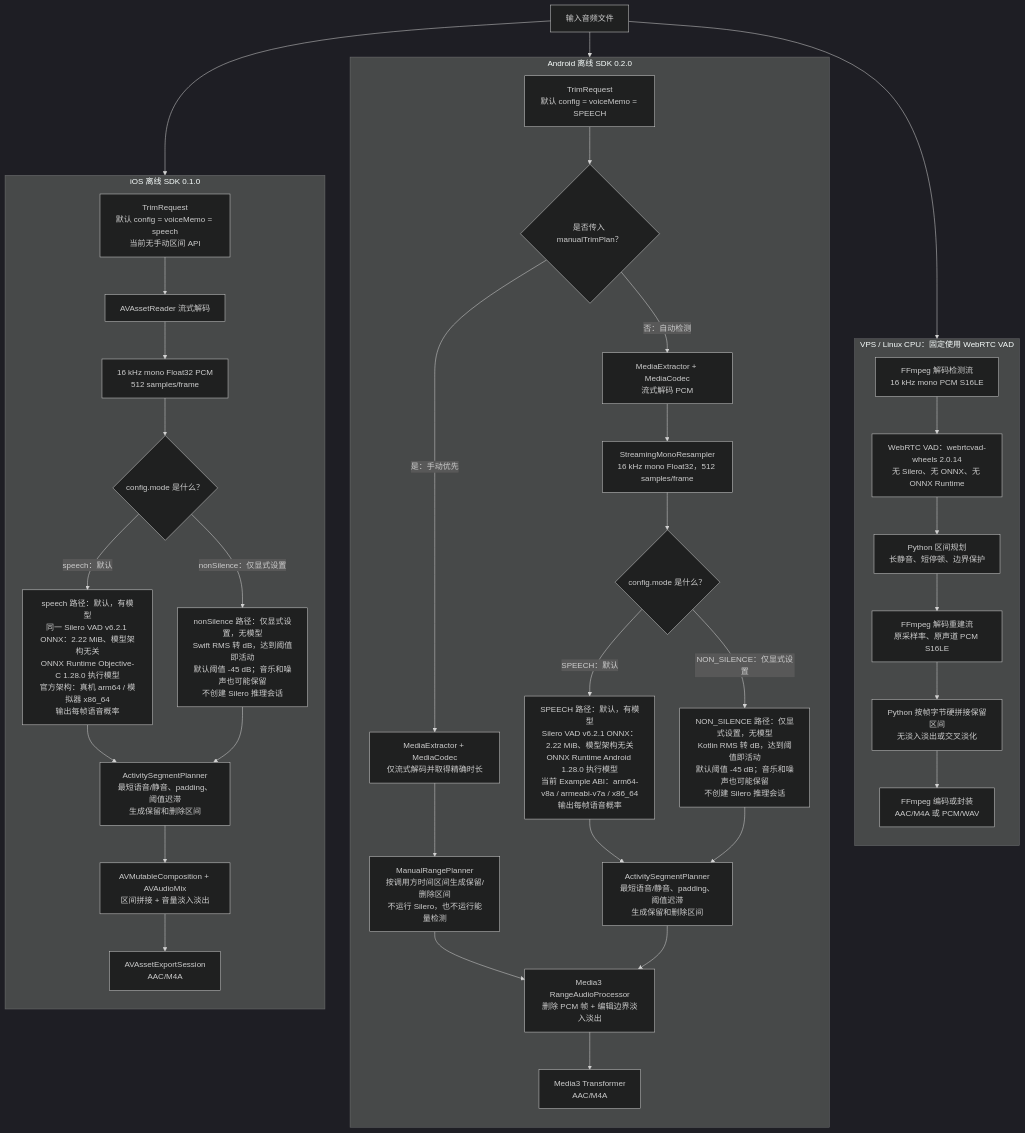
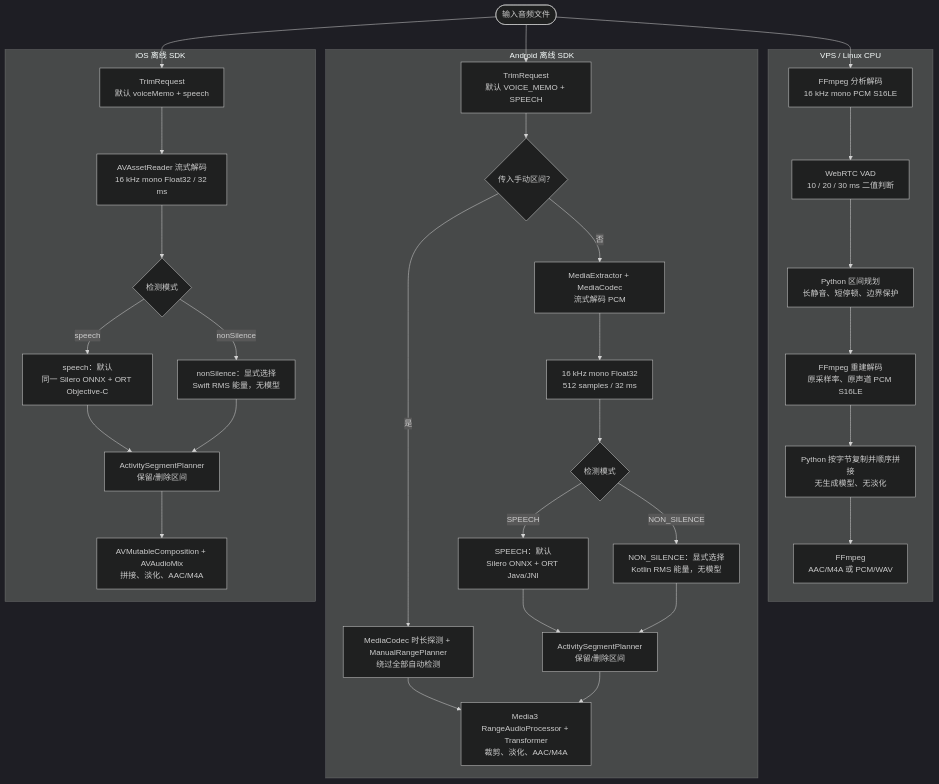
Before and after one commit to tianrking/vad_solution: the diagram in README.md, drawn with Mermaid (dark theme). The commit also changed other lines of this file and 1 other file, not shown here.

````diff
--- a/README.md
+++ b/README.md
@@ -30,74 +49,51 @@
 ```mermaid
 flowchart TB
-    INPUT["输入音频文件"]
+    INPUT(["输入音频文件"])
 
-    subgraph VPS["VPS / Linux CPU：固定使用 WebRTC VAD"]
-        direction TB
-        V1["FFmpeg 解码检测流<br/>16 kHz mono PCM S16LE"]
-        V2["WebRTC VAD：webrtcvad-wheels 2.0.14<br/>无 Silero、无 ONNX、无 ONNX Runtime"]
+    subgraph VPS["VPS / Linux CPU"]
+        V1["FFmpeg 分析解码<br/>16 kHz mono PCM S16LE"]
+        V2["WebRTC VAD<br/>10 / 20 / 30 ms 二值判断"]
         V3["Python 区间规划<br/>长静音、短停顿、边界保护"]
-        V4["FFmpeg 解码重建流<br/>原采样率、原声道 PCM S16LE"]
-        V5["Python 按帧字节硬拼接保留区间<br/>无淡入淡出或交叉淡化"]
-        V6["FFmpeg 编码或封装<br/>AAC/M4A 或 PCM/WAV"]
-        V1 --> V2
-        V2 --> V3
-        V3 --> V4
-        V4 --> V5
-        V5 --> V6
+        V4["FFmpeg 重建解码<br/>原采样率、原声道 PCM S16LE"]
+        V5["Python 按字节复制并顺序拼接<br/>无生成模型、无淡化"]
+        V6["FFmpeg<br/>AAC/M4A 或 PCM/WAV"]
+        V1 --> V2 --> V3 --> V4 --> V5 --> V6
     end
 
-    subgraph ANDROID["Android 离线 SDK 0.2.0"]
-        direction TB
-        A0["TrimRequest<br/>默认 config = voiceMemo = SPEECH"]
-        AMANUAL{"是否传入 manualTrimPlan？"}
-        ADURATION["MediaExtractor + MediaCodec<br/>仅流式解码并取得精确时长"]
-        AM["ManualRangePlanner<br/>按调用方时间区间生成保留/删除区间<br/>不运行 Silero，也不运行能量检测"]
-        A1["MediaExtractor + MediaCodec<br/>流式解码 PCM"]
-        A2["StreamingMonoResampler<br/>16 kHz mono Float32，512 samples/frame"]
-        AMODE{"config.mode 是什么？"}
-        AS["SPEECH 路径：默认，有模型<br/>Silero VAD v6.2.1 ONNX：2.22 MiB、模型架构无关<br/>ONNX Runtime Android 1.28.0 执行模型<br/>当前 Example ABI：arm64-v8a / armeabi-v7a / x86_64<br/>输出每帧语音概率"]
-        AE["NON_SILENCE 路径：仅显式设置，无模型<br/>Kotlin RMS 转 dB，达到阈值即活动<br/>默认阈值 -45 dB；音乐和噪声也可能保留<br/>不创建 Silero 推理会话"]
-        AP["ActivitySegmentPlanner<br/>最短语音/静音、padding、阈值迟滞<br/>生成保留和删除区间"]
-        A6["Media3 RangeAudioProcessor<br/>删除 PCM 帧 + 编辑边界淡入淡出"]
-        A7["Media3 Transformer<br/>AAC/M4A"]
-        A0 --> AMANUAL
-        AMANUAL -- "是：手动优先" --> ADURATION
-        ADURATION --> AM
-        AM --> A6
-        AMANUAL -- "否：自动检测" --> A1
-        A1 --> A2
-        A2 --> AMODE
-        AMODE -- "SPEECH：默认" --> AS
-        AMODE -- "NON_SILENCE：仅显式设置" --> AE
-        AS --> AP
-        AE --> AP
-        AP --> A6
-        A6 --> A7
+    subgraph ANDROID["Android 离线 SDK"]
+        A0["TrimRequest<br/>默认 VOICE_MEMO + SPEECH"]
+        A1{"传入手动区间？"}
+        AM["MediaCodec 时长探测 + ManualRangePlanner<br/>绕过全部自动检测"]
+        A2["MediaExtractor + MediaCodec<br/>流式解码 PCM"]
+        A3["16 kHz mono Float32<br/>512 samples / 32 ms"]
+        A4{"检测模式"}
+        AS["SPEECH：默认<br/>Silero ONNX + ORT Java/JNI"]
+        AE["NON_SILENCE：显式选择<br/>Kotlin RMS 能量，无模型"]
+        AP["ActivitySegmentPlanner<br/>保留/删除区间"]
+        AX["Media3 RangeAudioProcessor + Transformer<br/>裁剪、淡化、AAC/M4A"]
+        A0 --> A1
+        A1 -- "是" --> AM --> AX
+        A1 -- "否" --> A2 --> A3 --> A4
+        A4 -- "SPEECH" --> AS --> AP
+        A4 -- "NON_SILENCE" --> AE --> AP
+        AP --> AX
     end
 
-    subgraph IOS["iOS 离线 SDK 0.1.0"]
-        direction TB
-        I0["TrimRequest<br/>默认 config = voiceMemo = speech<br/>当前无手动区间 API"]
-        I1["AVAssetReader 流式解码"]
-        I2["16 kHz mono Float32 PCM<br/>512 samples/frame"]
-        IMODE{"config.mode 是什么？"}
-        IS["speech 路径：默认，有模型<br/>同一 Silero VAD v6.2.1 ONNX：2.22 MiB、模型架构无关<br/>ONNX Runtime Objective-C 1.28.0 执行模型<br/>官方架构：真机 arm64 / 模拟器 x86_64<br/>输出每帧语音概率"]
-        IE["nonSilence 路径：仅显式设置，无模型<br/>Swift RMS 转 dB，达到阈值即活动<br/>默认阈值 -45 dB；音乐和噪声也可能保留<br/>不创建 Silero 推理会话"]
-        I5["ActivitySegmentPlanner<br/>最短语音/静音、padding、阈值迟滞<br/>生成保留和删除区间"]
-        I6["AVMutableComposition + AVAudioMix<br/>区间拼接 + 音量淡入淡出"]
-        I7["AVAssetExportSession<br/>AAC/M4A"]
-        I0 --> I1
-        I1 --> I2
-        I2 --> IMODE
-        IMODE -- "speech：默认" --> IS
-        IMODE -- "nonSilence：仅显式设置" --> IE
-        IS --> I5
-        IE --> I5
-        I5 --> I6
-        I6 --> I7
+    subgraph IOS["iOS 离线 SDK"]
+        I0["TrimRequest<br/>默认 voiceMemo + speech"]
+        I1["AVAssetReader 流式解码<br/>16 kHz mono Float32 / 32 ms"]
+        I2{"检测模式"}
+        IS["speech：默认<br/>同一 Silero ONNX + ORT Objective-C"]
+        IE["nonSilence：显式选择<br/>Swift RMS 能量，无模型"]
+        IP["ActivitySegmentPlanner<br/>保留/删除区间"]
+        IX["AVMutableComposition + AVAudioMix<br/>拼接、淡化、AAC/M4A"]
+        I0 --> I1 --> I2
+        I2 -- "speech" --> IS --> IP
+        I2 -- "nonSilence" --> IE --> IP
+        IP --> IX
     end
 
     INPUT --> V1
     INPUT --> A0
     INPUT --> I0
 ```
````
